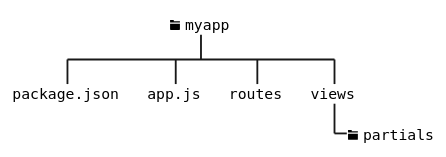
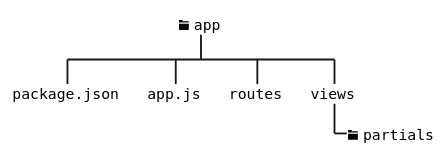
Before and after one commit to jbroberto76/pw1: the second of 4 diagrams in pw1_aula8_templates.md, drawn with PlantUML. The commit also changed other lines of this file and 3 other files, not shown here.

````diff
--- a/pw1_aula8_templates.md
+++ b/pw1_aula8_templates.md
@@ -171,10 +171,10 @@
 ```plantuml
 @startwbs
-*_ <&folder> ""myapp""
+*_ <&folder> ""app""
 **_ ""package.json""
 **_ ""app.js""
 **_ ""routes""
 **_ ""views""
 ***_ <&folder> ""partials""
 @endwbs
 ```
````
